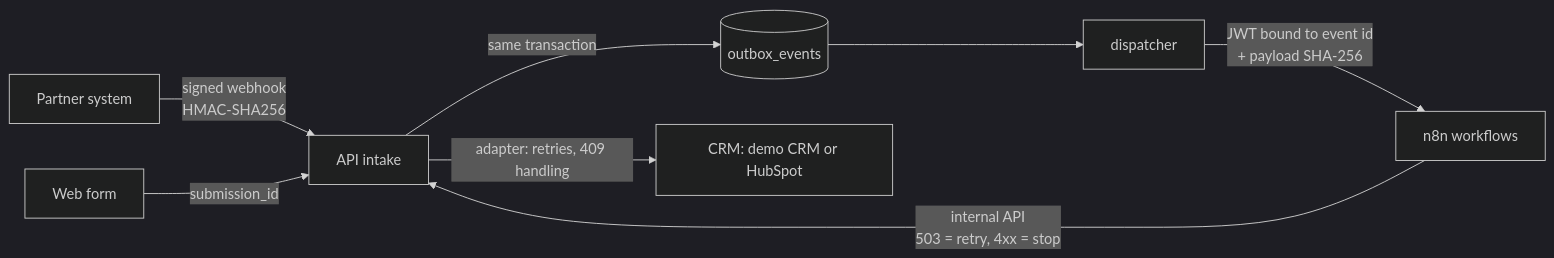
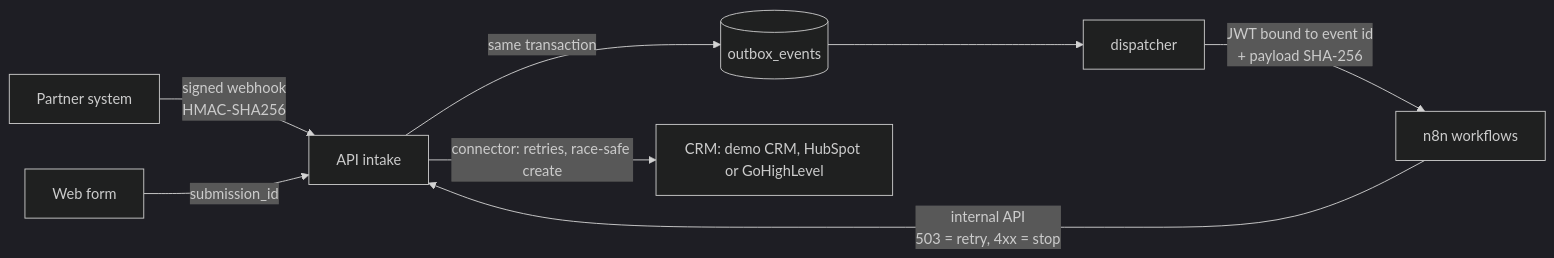
The diagram in docs/integration-case-study.md (ali-fakhrabadi/ai-lead-qualification-crm-automation), drawn with Mermaid (dark theme) before and after one commit. The commit also changed other lines of this file and 17 other files, not shown here.

First line of the commit message:
Add a GoHighLevel CRM connector with a shared connector base

````diff
--- a/docs/integration-case-study.md
+++ b/docs/integration-case-study.md
@@ -25,10 +25,10 @@
 ```mermaid
 flowchart LR
   partner[Partner system] -- "signed webhook<br/>HMAC-SHA256" --> api[API intake]
   form[Web form] -- "submission_id" --> api
   api -- "same transaction" --> outbox[(outbox_events)]
   outbox --> disp[dispatcher]
   disp -- "JWT bound to event id<br/>+ payload SHA-256" --> n8n[n8n workflows]
   n8n -- "internal API<br/>503 = retry, 4xx = stop" --> api
-  api -- "adapter: retries, 409 handling" --> crm[CRM: demo CRM or HubSpot]
+  api -- "connector: retries, race-safe create" --> crm[CRM: demo CRM, HubSpot or GoHighLevel]
 ```
````
